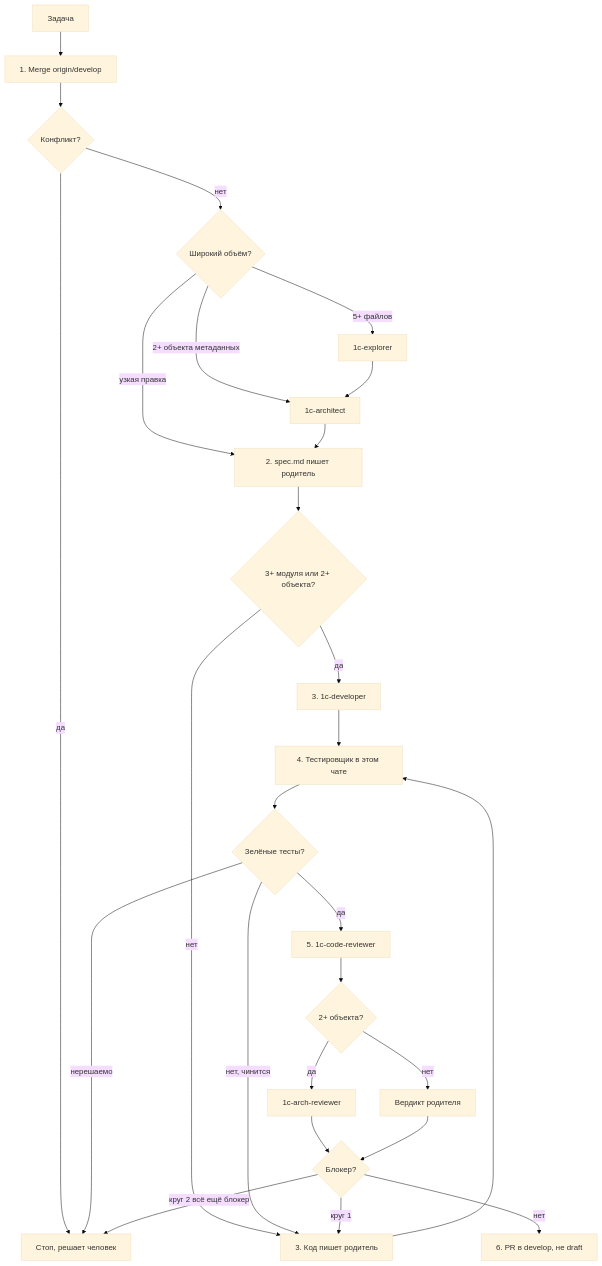
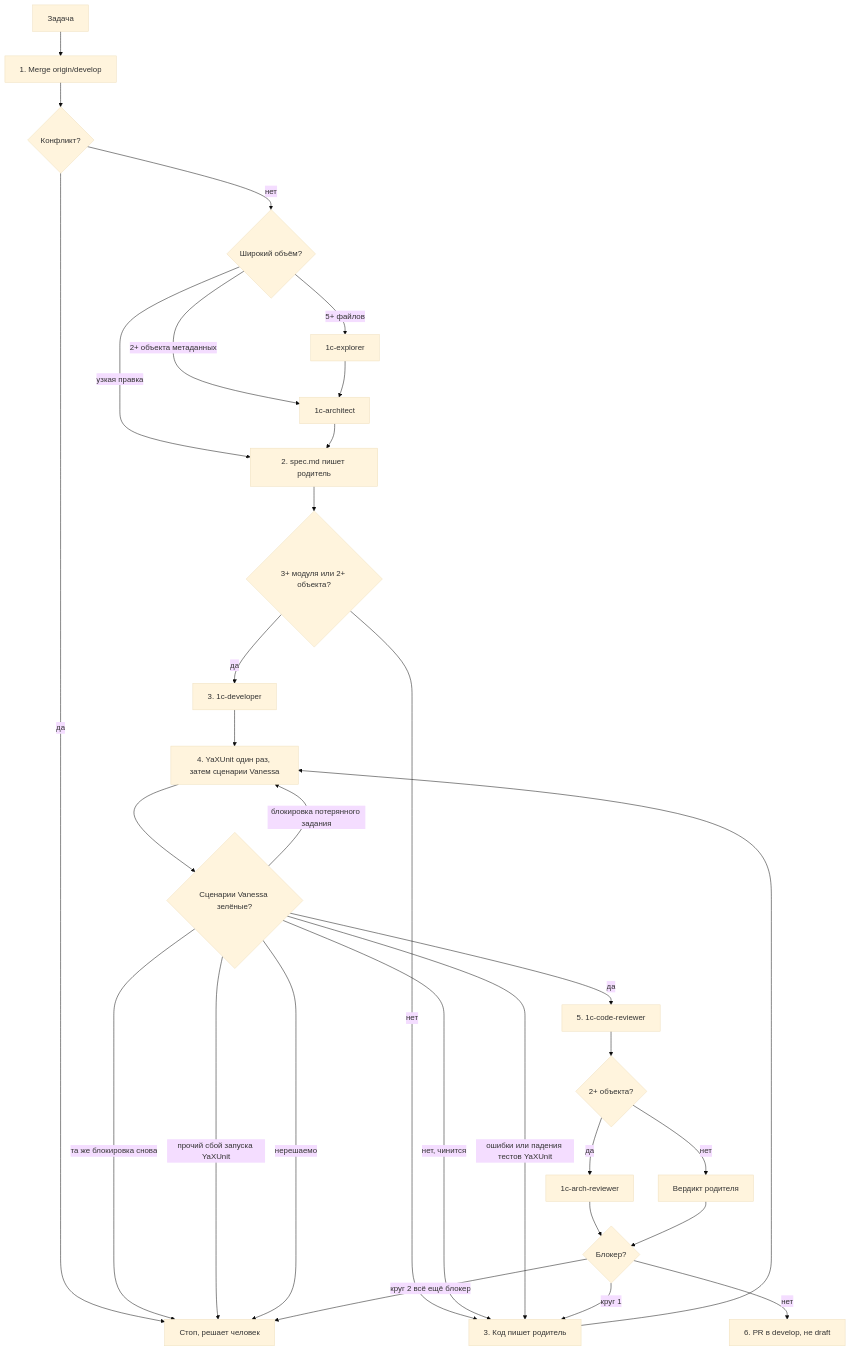
One commit to firstBitSportivnaya/PSSL changed the diagram in .cursor/skills/pssl-pr-flow/SKILL.md. Above: the diagram before and after it, drawn with Mermaid (base theme). The commit also changed other lines of this file and 34 other files, not shown here.

````diff
--- a/.cursor/skills/pssl-pr-flow/SKILL.md
+++ b/.cursor/skills/pssl-pr-flow/SKILL.md
@@ -22,29 +22,33 @@
 ```mermaid
 graph TB
   A["Задача"] --> B["1. Merge origin/develop"]
   B --> C{"Конфликт?"}
   C -->|да| Z["Стоп, решает человек"]
   C -->|нет| D{"Широкий объём?"}
   D -->|"5+ файлов"| E["1c-explorer"]
   D -->|"2+ объекта метаданных"| F["1c-architect"]
   D -->|узкая правка| G["2. spec.md пишет родитель"]
   E --> F
   F --> G
   G --> H{"3+ модуля или 2+ объекта?"}
   H -->|да| I["3. 1c-developer"]
   H -->|нет| J["3. Код пишет родитель"]
-  I --> K["4. Тестировщик в этом чате"]
+  I --> K["4. YaXUnit один раз, затем сценарии Vanessa"]
   J --> K
-  K --> L{"Зелёные тесты?"}
+  K --> L{"Сценарии Vanessa зелёные?"}
   L -->|нет, чинится| J
+  L -->|блокировка потерянного задания| K
+  L -->|та же блокировка снова| Z
+  L -->|прочий сбой запуска YaXUnit| Z
+  L -->|ошибки или падения тестов YaXUnit| J
   L -->|нерешаемо| Z
   L -->|да| M["5. 1c-code-reviewer"]
   M --> N{"2+ объекта?"}
   N -->|да| O["1c-arch-reviewer"]
   N -->|нет| P["Вердикт родителя"]
   O --> Q{"Блокер?"}
   P --> Q
   Q -->|"круг 1"| J
   Q -->|"круг 2 всё ещё блокер"| Z
   Q -->|нет| R["6. PR в develop, не draft"]
 ```
````
